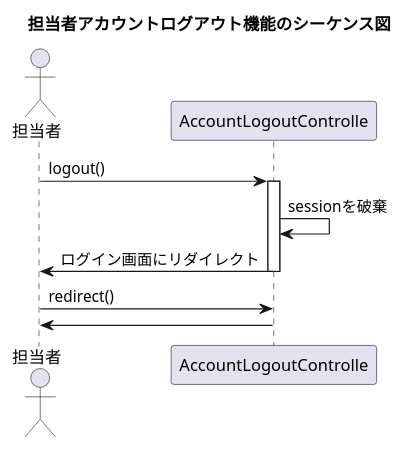
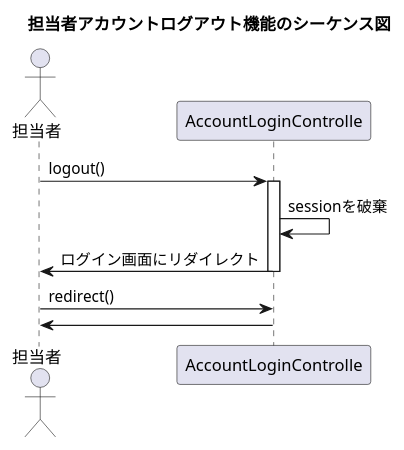
The diagram in plan/uml/sequence/uc018.plantuml (kanavii3333/ec-b), drawn with PlantUML before and after one commit.

Commit message:
ログアウトコントローラーなくしました

```diff
--- a/plan/uml/sequence/uc018.plantuml
+++ b/plan/uml/sequence/uc018.plantuml
@@ -1,12 +1,12 @@
 @startuml
 
 title 担当者アカウントログアウト機能のシーケンス図
 actor "担当者" as user
-participant "AccountLogoutControlle" as controller
+participant "AccountLoginControlle" as controller
 user -> controller++:logout()
 controller -> controller:sessionを破棄
 controller -> user--:ログイン画面にリダイレクト
 user -> controller:redirect()
 controller -> user:
 
 @enduml
```
